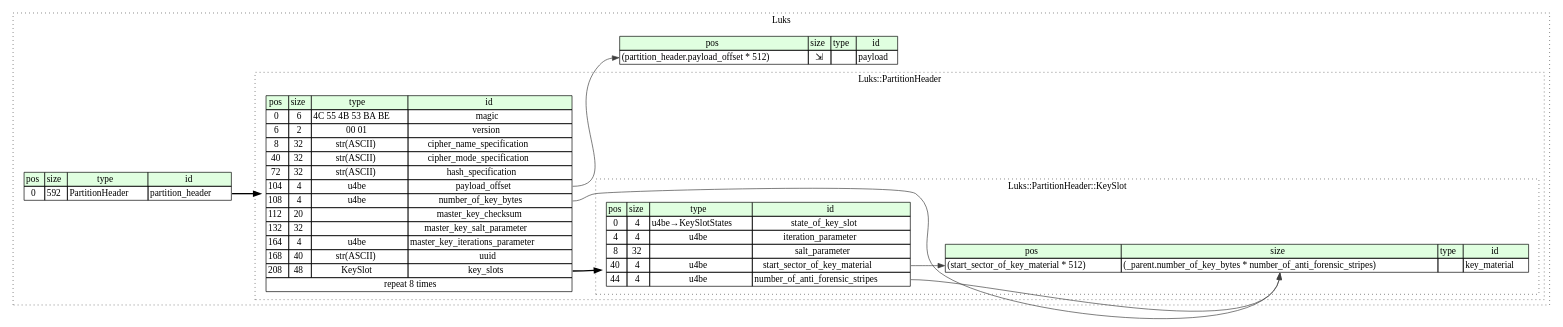
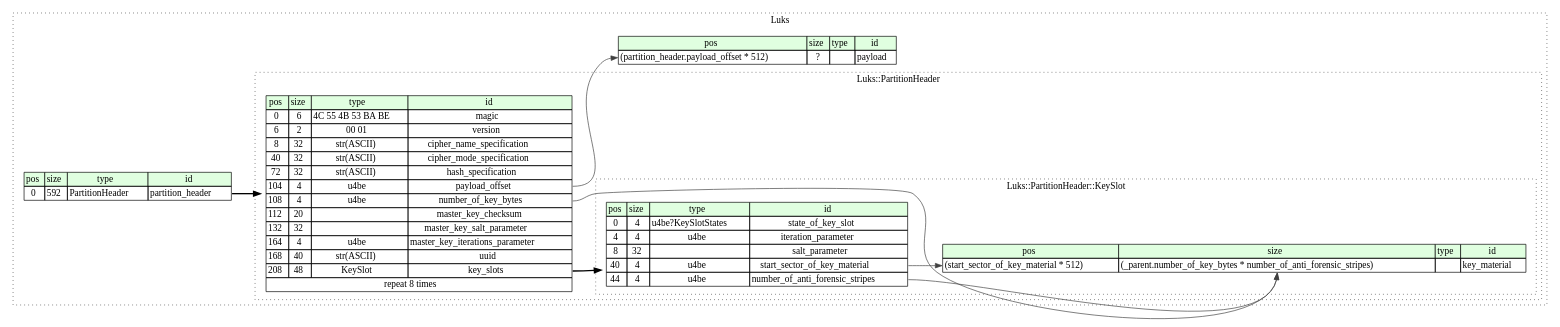
One commit to kaitai-io/formats-kaitai-io.github.io changed the diagram in luks/src/graphviz/luks.dot. Above: the diagram before and after it, drawn with Graphviz. The commit also changed 589 other files, not shown here.

```diff
--- a/luks/src/graphviz/luks.dot
+++ b/luks/src/graphviz/luks.dot
@@ -1,61 +1,61 @@
 digraph {
 	rankdir=LR;
 	node [shape=plaintext];
 	subgraph cluster__luks {
 		label="Luks";
 		graph[style=dotted];
 
 		luks__seq [label=<<TABLE BORDER="0" CELLBORDER="1" CELLSPACING="0">
 			<TR><TD BGCOLOR="#E0FFE0">pos</TD><TD BGCOLOR="#E0FFE0">size</TD><TD BGCOLOR="#E0FFE0">type</TD><TD BGCOLOR="#E0FFE0">id</TD></TR>
 			<TR><TD PORT="partition_header_pos">0</TD><TD PORT="partition_header_size">592</TD><TD>PartitionHeader</TD><TD PORT="partition_header_type">partition_header</TD></TR>
 		</TABLE>>];
 		luks__inst__payload [label=<<TABLE BORDER="0" CELLBORDER="1" CELLSPACING="0">
 			<TR><TD BGCOLOR="#E0FFE0">pos</TD><TD BGCOLOR="#E0FFE0">size</TD><TD BGCOLOR="#E0FFE0">type</TD><TD BGCOLOR="#E0FFE0">id</TD></TR>
-			<TR><TD PORT="payload_pos">(partition_header.payload_offset * 512)</TD><TD PORT="payload_size">⇲</TD><TD></TD><TD PORT="payload_type">payload</TD></TR>
+			<TR><TD PORT="payload_pos">(partition_header.payload_offset * 512)</TD><TD PORT="payload_size">?</TD><TD></TD><TD PORT="payload_type">payload</TD></TR>
 		</TABLE>>];
 		subgraph cluster__partition_header {
 			label="Luks::PartitionHeader";
 			graph[style=dotted];
 
 			partition_header__seq [label=<<TABLE BORDER="0" CELLBORDER="1" CELLSPACING="0">
 				<TR><TD BGCOLOR="#E0FFE0">pos</TD><TD BGCOLOR="#E0FFE0">size</TD><TD BGCOLOR="#E0FFE0">type</TD><TD BGCOLOR="#E0FFE0">id</TD></TR>
 				<TR><TD PORT="magic_pos">0</TD><TD PORT="magic_size">6</TD><TD>4C 55 4B 53 BA BE</TD><TD PORT="magic_type">magic</TD></TR>
 				<TR><TD PORT="version_pos">6</TD><TD PORT="version_size">2</TD><TD>00 01</TD><TD PORT="version_type">version</TD></TR>
 				<TR><TD PORT="cipher_name_specification_pos">8</TD><TD PORT="cipher_name_specification_size">32</TD><TD>str(ASCII)</TD><TD PORT="cipher_name_specification_type">cipher_name_specification</TD></TR>
 				<TR><TD PORT="cipher_mode_specification_pos">40</TD><TD PORT="cipher_mode_specification_size">32</TD><TD>str(ASCII)</TD><TD PORT="cipher_mode_specification_type">cipher_mode_specification</TD></TR>
 				<TR><TD PORT="hash_specification_pos">72</TD><TD PORT="hash_specification_size">32</TD><TD>str(ASCII)</TD><TD PORT="hash_specification_type">hash_specification</TD></TR>
 				<TR><TD PORT="payload_offset_pos">104</TD><TD PORT="payload_offset_size">4</TD><TD>u4be</TD><TD PORT="payload_offset_type">payload_offset</TD></TR>
 				<TR><TD PORT="number_of_key_bytes_pos">108</TD><TD PORT="number_of_key_bytes_size">4</TD><TD>u4be</TD><TD PORT="number_of_key_bytes_type">number_of_key_bytes</TD></TR>
 				<TR><TD PORT="master_key_checksum_pos">112</TD><TD PORT="master_key_checksum_size">20</TD><TD></TD><TD PORT="master_key_checksum_type">master_key_checksum</TD></TR>
 				<TR><TD PORT="master_key_salt_parameter_pos">132</TD><TD PORT="master_key_salt_parameter_size">32</TD><TD></TD><TD PORT="master_key_salt_parameter_type">master_key_salt_parameter</TD></TR>
 				<TR><TD PORT="master_key_iterations_parameter_pos">164</TD><TD PORT="master_key_iterations_parameter_size">4</TD><TD>u4be</TD><TD PORT="master_key_iterations_parameter_type">master_key_iterations_parameter</TD></TR>
 				<TR><TD PORT="uuid_pos">168</TD><TD PORT="uuid_size">40</TD><TD>str(ASCII)</TD><TD PORT="uuid_type">uuid</TD></TR>
 				<TR><TD PORT="key_slots_pos">208</TD><TD PORT="key_slots_size">48</TD><TD>KeySlot</TD><TD PORT="key_slots_type">key_slots</TD></TR>
 				<TR><TD COLSPAN="4" PORT="key_slots__repeat">repeat 8 times</TD></TR>
 			</TABLE>>];
 			subgraph cluster__key_slot {
 				label="Luks::PartitionHeader::KeySlot";
 				graph[style=dotted];
 
 				key_slot__seq [label=<<TABLE BORDER="0" CELLBORDER="1" CELLSPACING="0">
 					<TR><TD BGCOLOR="#E0FFE0">pos</TD><TD BGCOLOR="#E0FFE0">size</TD><TD BGCOLOR="#E0FFE0">type</TD><TD BGCOLOR="#E0FFE0">id</TD></TR>
-					<TR><TD PORT="state_of_key_slot_pos">0</TD><TD PORT="state_of_key_slot_size">4</TD><TD>u4be→KeySlotStates</TD><TD PORT="state_of_key_slot_type">state_of_key_slot</TD></TR>
+					<TR><TD PORT="state_of_key_slot_pos">0</TD><TD PORT="state_of_key_slot_size">4</TD><TD>u4be?KeySlotStates</TD><TD PORT="state_of_key_slot_type">state_of_key_slot</TD></TR>
 					<TR><TD PORT="iteration_parameter_pos">4</TD><TD PORT="iteration_parameter_size">4</TD><TD>u4be</TD><TD PORT="iteration_parameter_type">iteration_parameter</TD></TR>
 					<TR><TD PORT="salt_parameter_pos">8</TD><TD PORT="salt_parameter_size">32</TD><TD></TD><TD PORT="salt_parameter_type">salt_parameter</TD></TR>
 					<TR><TD PORT="start_sector_of_key_material_pos">40</TD><TD PORT="start_sector_of_key_material_size">4</TD><TD>u4be</TD><TD PORT="start_sector_of_key_material_type">start_sector_of_key_material</TD></TR>
 					<TR><TD PORT="number_of_anti_forensic_stripes_pos">44</TD><TD PORT="number_of_anti_forensic_stripes_size">4</TD><TD>u4be</TD><TD PORT="number_of_anti_forensic_stripes_type">number_of_anti_forensic_stripes</TD></TR>
 				</TABLE>>];
 				key_slot__inst__key_material [label=<<TABLE BORDER="0" CELLBORDER="1" CELLSPACING="0">
 					<TR><TD BGCOLOR="#E0FFE0">pos</TD><TD BGCOLOR="#E0FFE0">size</TD><TD BGCOLOR="#E0FFE0">type</TD><TD BGCOLOR="#E0FFE0">id</TD></TR>
 					<TR><TD PORT="key_material_pos">(start_sector_of_key_material * 512)</TD><TD PORT="key_material_size">(_parent.number_of_key_bytes * number_of_anti_forensic_stripes)</TD><TD></TD><TD PORT="key_material_type">key_material</TD></TR>
 				</TABLE>>];
 			}
 		}
 	}
 	luks__seq:partition_header_type -> partition_header__seq [style=bold];
 	partition_header__seq:payload_offset_type -> luks__inst__payload:payload_pos [color="#404040"];
 	partition_header__seq:key_slots_type -> key_slot__seq [style=bold];
 	key_slot__seq:start_sector_of_key_material_type -> key_slot__inst__key_material:key_material_pos [color="#404040"];
 	partition_header__seq:number_of_key_bytes_type -> key_slot__inst__key_material:key_material_size [color="#404040"];
 	key_slot__seq:number_of_anti_forensic_stripes_type -> key_slot__inst__key_material:key_material_size [color="#404040"];
 }
```
